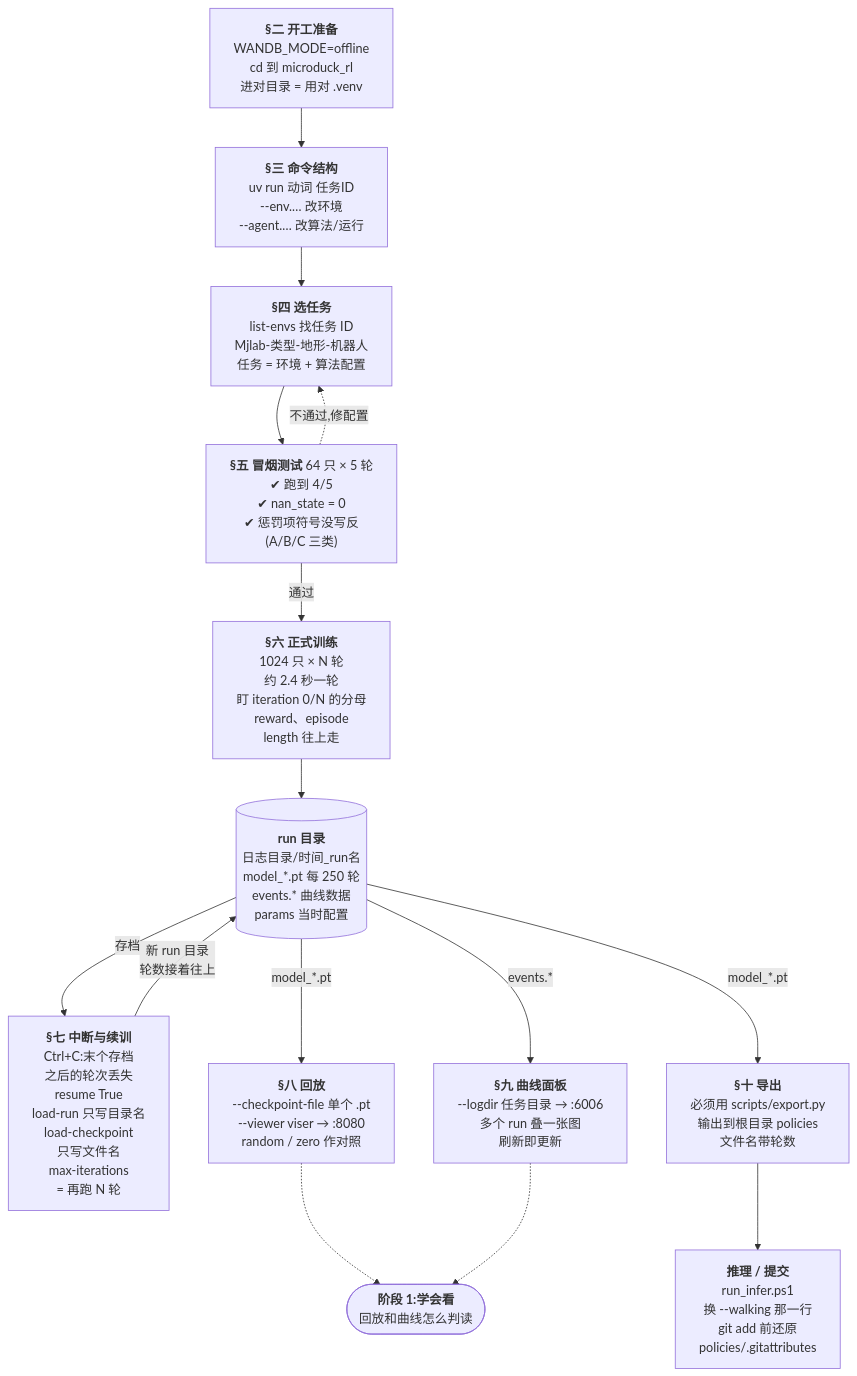
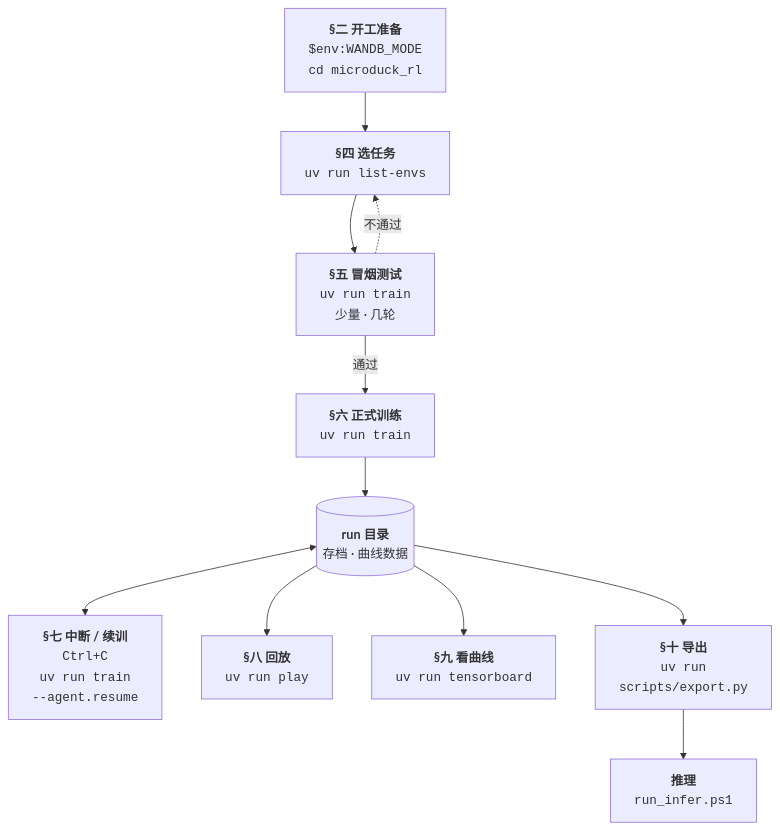
The diagram in experiments/stage0_map.md (tunghsingw/robolab), drawn with Mermaid before and after one commit. The commit also changed other lines of this file and 2 other files, not shown here.

Commit message:
stage0_map 精简:只留图,节点只写步骤和命令;结构图写作规则同步

````diff
--- a/experiments/stage0_map.md
+++ b/experiments/stage0_map.md
@@ -7,26 +3,20 @@
 ```mermaid
 flowchart TB
-  prep["<b>§二 开工准备</b><br/>WANDB_MODE=offline<br/>cd 到 microduck_rl<br/>进对目录 = 用对 .venv"]
-  syntax["<b>§三 命令结构</b><br/>uv run 动词 任务ID<br/>--env.… 改环境<br/>--agent.… 改算法/运行"]
-  task["<b>§四 选任务</b><br/>list-envs 找任务 ID<br/>Mjlab-类型-地形-机器人<br/>任务 = 环境 + 算法配置"]
-  smoke["<b>§五 冒烟测试</b> 64 只 × 5 轮<br/>✔ 跑到 4/5<br/>✔ nan_state = 0<br/>✔ 惩罚项符号没写反<br/>(A/B/C 三类)"]
-  train["<b>§六 正式训练</b><br/>1024 只 × N 轮<br/>约 2.4 秒一轮<br/>盯 iteration 0/N 的分母<br/>reward、episode<br/>length 往上走"]
-  run[("<b>run 目录</b><br/>日志目录/时间_run名<br/>model_*.pt 每 250 轮<br/>events.* 曲线数据<br/>params 当时配置")]
-  resume["<b>§七 中断与续训</b><br/>Ctrl+C:末个存档<br/>之后的轮次丢失<br/>resume True<br/>load-run 只写目录名<br/>load-checkpoint<br/>只写文件名<br/>max-iterations<br/>= 再跑 N 轮"]
-  play["<b>§八 回放</b><br/>--checkpoint-file 单个 .pt<br/>--viewer viser → :8080<br/>random / zero 作对照"]
-  tb["<b>§九 曲线面板</b><br/>--logdir 任务目录 → :6006<br/>多个 run 叠一张图<br/>刷新即更新"]
-  export["<b>§十 导出</b><br/>必须用 scripts/export.py<br/>输出到根目录 policies<br/>文件名带轮数"]
-  infer["<b>推理 / 提交</b><br/>run_infer.ps1<br/>换 --walking 那一行<br/>git add 前还原<br/>policies/.gitattributes"]
-  s1(["<b>阶段 1:学会看</b><br/>回放和曲线怎么判读"])
+  prep["<b>§二 开工准备</b><br/><code>$env:WANDB_MODE</code><br/><code>cd microduck_rl</code>"]
+  task["<b>§四 选任务</b><br/><code>uv run list-envs</code>"]
+  smoke["<b>§五 冒烟测试</b><br/><code>uv run train</code><br/>少量 · 几轮"]
+  train["<b>§六 正式训练</b><br/><code>uv run train</code>"]
+  run[("<b>run 目录</b><br/>存档 · 曲线数据")]
+  resume["<b>§七 中断 / 续训</b><br/><code>Ctrl+C</code><br/><code>uv run train</code><br/><code>--agent.resume</code>"]
+  play["<b>§八 回放</b><br/><code>uv run play</code>"]
+  tb["<b>§九 看曲线</b><br/><code>uv run tensorboard</code>"]
+  export["<b>§十 导出</b><br/><code>uv run</code><br/><code>scripts/export.py</code>"]
+  infer["<b>推理</b><br/><code>run_infer.ps1</code>"]
 
-  prep --> syntax --> task --> smoke
-  smoke -- 通过 --> train --> run
-  smoke -. 不通过,修配置 .-> task
-  run -- 存档 --> resume
-  resume -- 新 run 目录<br/>轮数接着往上 --> run
-  run -- model_*.pt --> play
-  run -- events.* --> tb
-  run -- model_*.pt --> export --> infer
-  play -.-> s1
-  tb -.-> s1
+  prep --> task --> smoke -- 通过 --> train --> run
+  smoke -. 不通过 .-> task
+  run <--> resume
+  run --> play
+  run --> tb
+  run --> export --> infer
 ```
````
